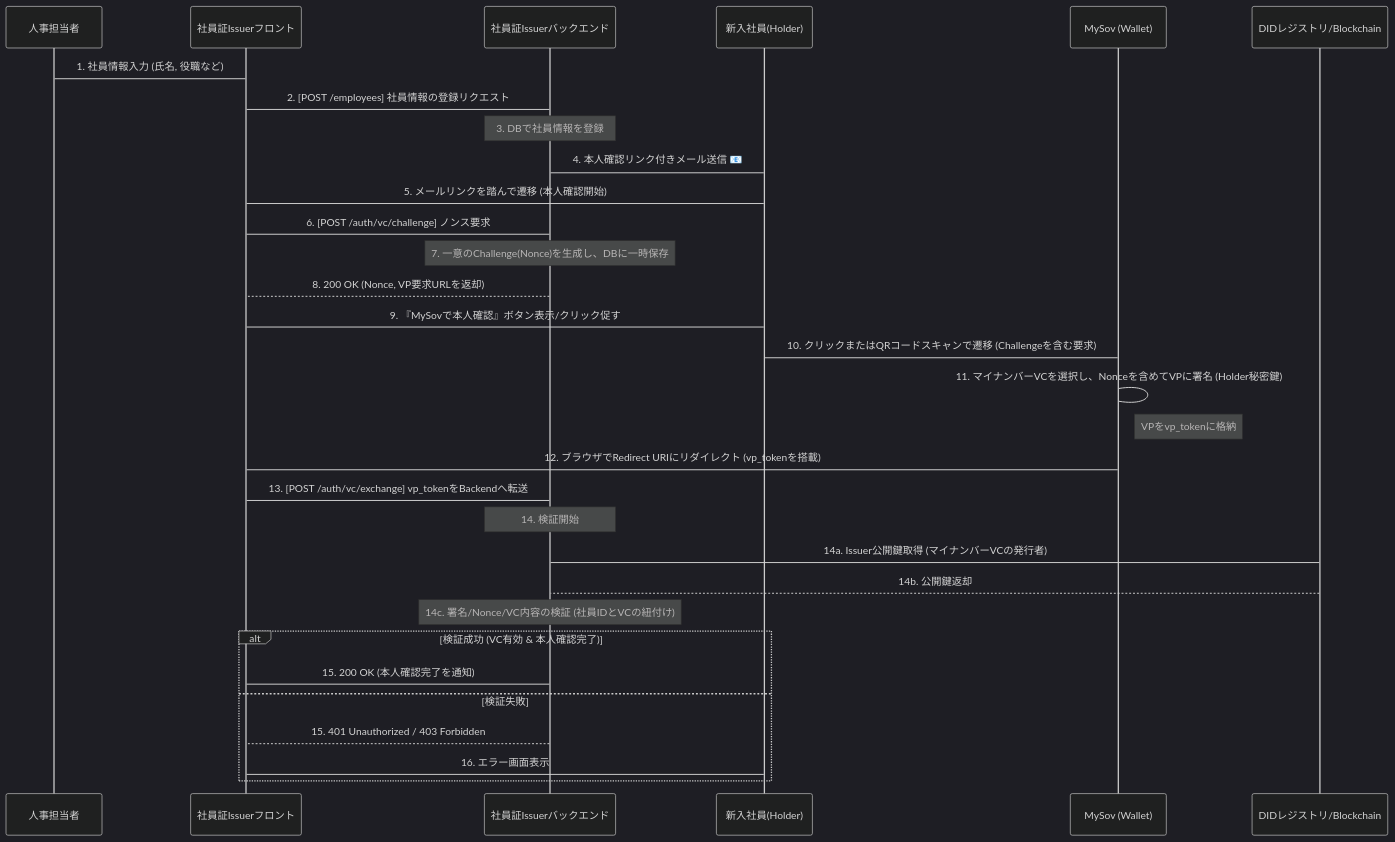
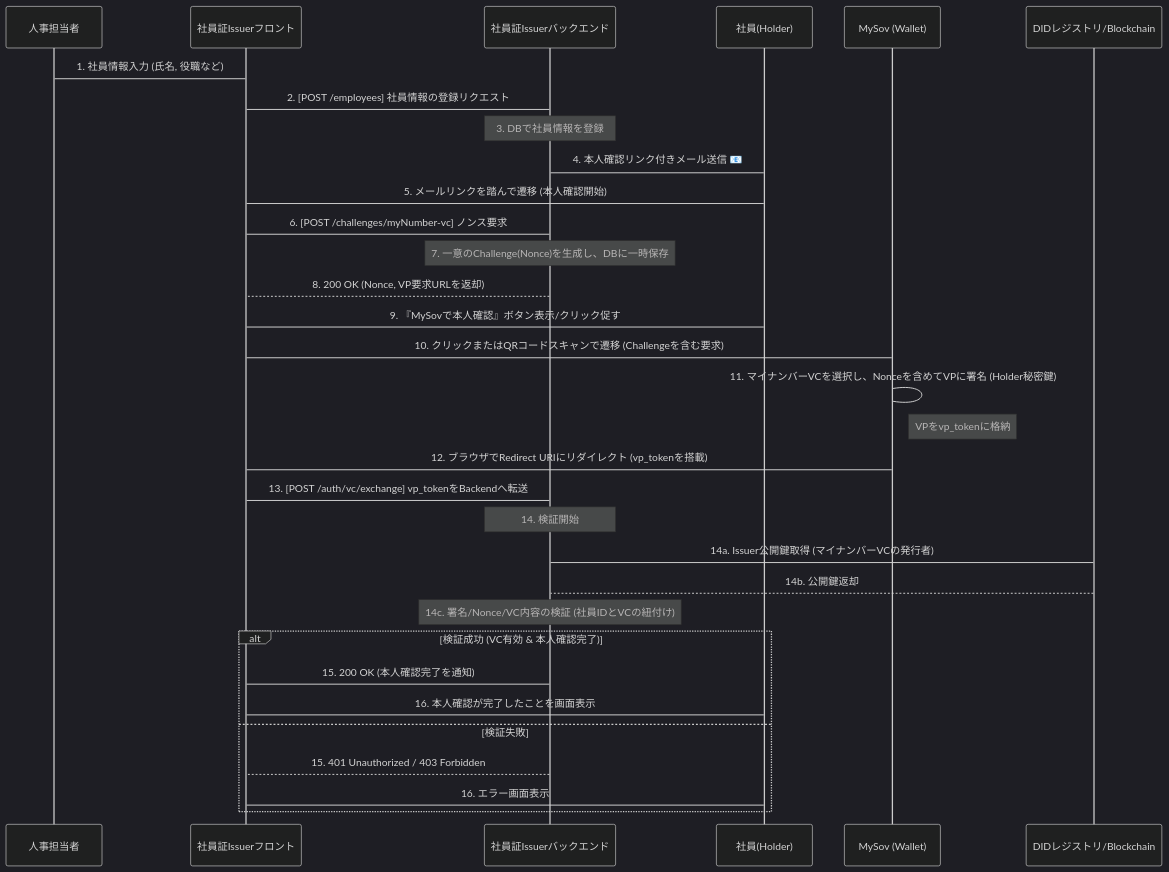
One commit to satoke-dp/sample changed the second of 2 diagrams in README.md. Above: the diagram before and after it, drawn with Mermaid (dark theme).

````diff
--- a/README.md
+++ b/README.md
@@ -42,44 +42,45 @@
 ```mermaid
 sequenceDiagram
     participant HR as 人事担当者
     participant IssuerFE as 社員証Issuerフロント
     participant IssuerBE as 社員証Issuerバックエンド
-    participant NewHire as 新入社員(Holder)
+    participant Hire as 社員(Holder)
     participant MySov as MySov (Wallet)
     participant VDR as DIDレジストリ/Blockchain
 
     %% 1. 情報入力と更新 (発行のトリガー)
     HR->IssuerFE: 1. 社員情報入力 (氏名, 役職など)
     IssuerFE->IssuerBE: 2. [POST /employees] 社員情報の登録リクエスト
     Note over IssuerBE: 3. DBで社員情報を登録
-    IssuerBE->NewHire: 4. 本人確認リンク付きメール送信 📧
+    IssuerBE->Hire: 4. 本人確認リンク付きメール送信 📧
 
     %% 5. VC検証要求 (Challenge Generation)
-    NewHire->IssuerFE: 5. メールリンクを踏んで遷移 (本人確認開始)
-    IssuerFE->IssuerBE: 6. [POST /auth/vc/challenge] ノンス要求
+    Hire->IssuerFE: 5. メールリンクを踏んで遷移 (本人確認開始)
+    IssuerFE->IssuerBE: 6. [POST  /challenges/myNumber-vc] ノンス要求
     Note over IssuerBE: 7. 一意のChallenge(Nonce)を生成し、DBに一時保存
     IssuerBE-->IssuerFE: 8. 200 OK (Nonce, VP要求URLを返却)
     
-    IssuerFE->NewHire: 9. 『MySovで本人確認』ボタン表示/クリック促す
-    NewHire->MySov: 10. クリックまたはQRコードスキャンで遷移 (Challengeを含む要求)
+    IssuerFE->Hire: 9. 『MySovで本人確認』ボタン表示/クリック促す
+    IssuerFE->MySov: 10. クリックまたはQRコードスキャンで遷移 (Challengeを含む要求)
 
     %% 6. 署名と提示 (VP Presentation)
     MySov->MySov: 11. マイナンバーVCを選択し、Nonceを含めてVPに署名 (Holder秘密鍵)
     Note right of MySov: VPをvp_tokenに格納
     MySov->IssuerFE: 12. ブラウザでRedirect URIにリダイレクト (vp_tokenを搭載)
 
     %% 7. 検証と認証 (Verification)
     IssuerFE->IssuerBE: 13. [POST /auth/vc/exchange] vp_tokenをBackendへ転送
     
     Note over IssuerBE: 14. 検証開始
     IssuerBE->VDR: 14a. Issuer公開鍵取得 (マイナンバーVCの発行者)
     VDR-->IssuerBE: 14b. 公開鍵返却
     Note over IssuerBE: 14c. 署名/Nonce/VC内容の検証 (社員IDとVCの紐付け)
 
     alt 検証成功 (VC有効 & 本人確認完了)
         IssuerBE->IssuerFE: 15. 200 OK (本人確認完了を通知)
+        IssuerFE->Hire: 16. 本人確認が完了したことを画面表示
     else 検証失敗
         IssuerBE-->IssuerFE: 15. 401 Unauthorized / 403 Forbidden
-        IssuerFE->NewHire: 16. エラー画面表示
+    IssuerFE->Hire: 16. エラー画面表示
     end
 ```
````
